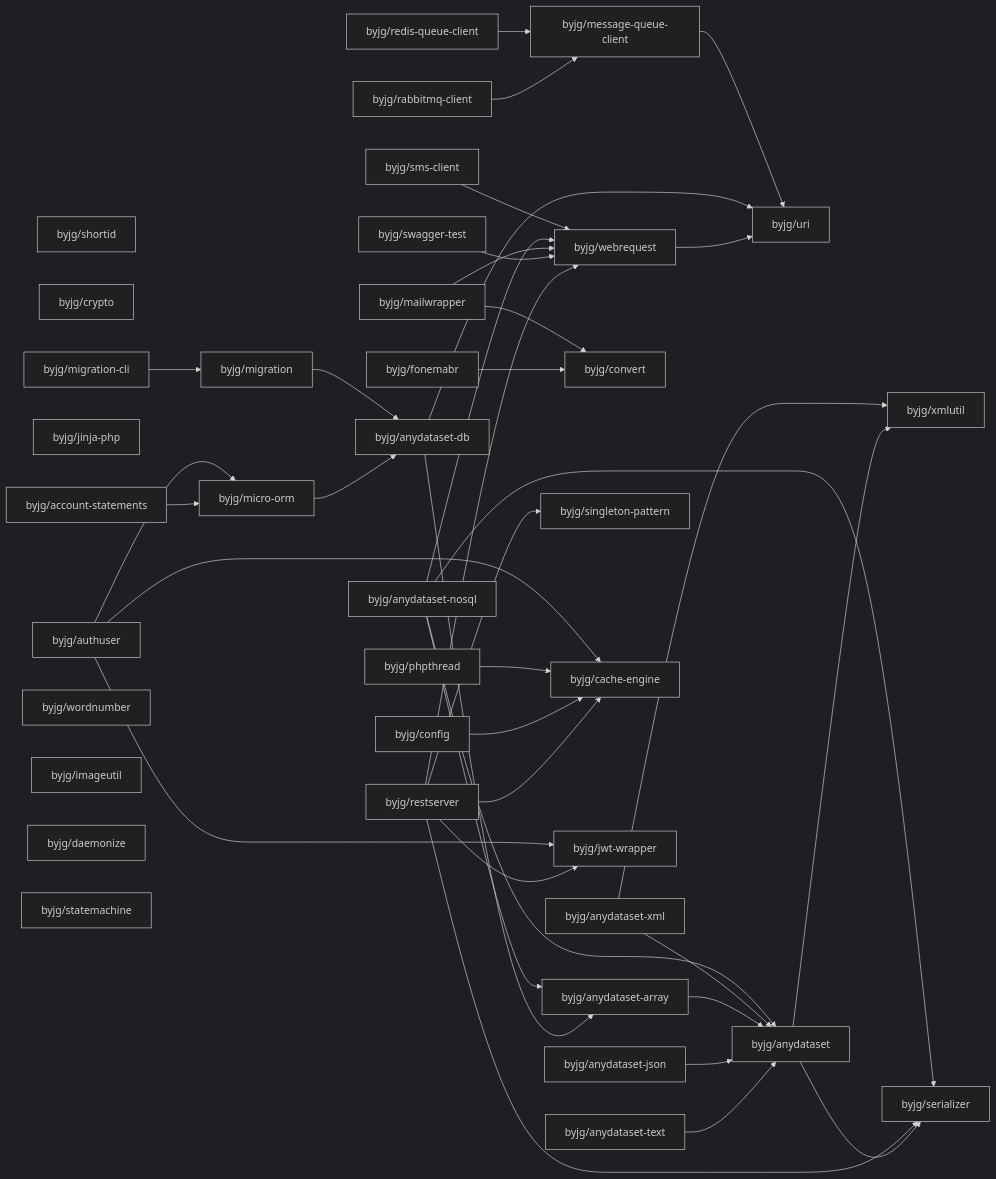
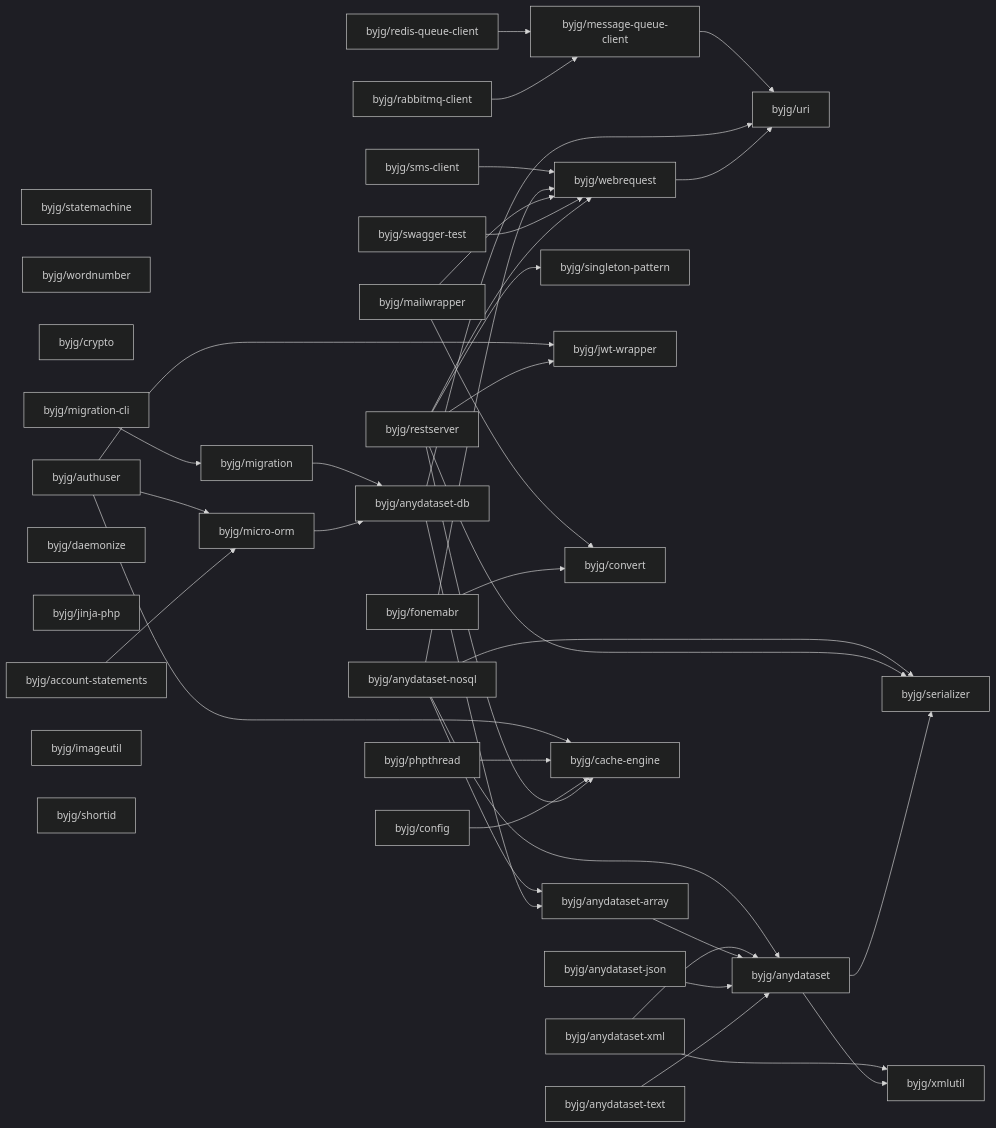
One commit to byjg/byjg.github.io changed the diagram in docs/php/README.md. Above: the diagram before and after it, drawn with Mermaid (dark theme). The commit also changed other lines of this file and 1 other file, not shown here.

Commit message:
Update documentation 'php' 'php-restserver'

````diff
--- a/docs/php/README.md
+++ b/docs/php/README.md
@@ -3,76 +3,76 @@
 ```mermaid
 graph LR;
-  byjg/shortid;
-  byjg/anydataset-json;
-  byjg/phpthread;
+  byjg/statemachine;
+  byjg/wordnumber;
+  byjg/rabbitmq-client;
   byjg/crypto;
-  byjg/migration-cli;
-  byjg/jinja-php;
-  byjg/redis-queue-client;
-  byjg/authuser;
-  byjg/sms-client;
-  byjg/account-statements;
-  byjg/wordnumber;
   byjg/fonemabr;
-  byjg/imageutil;
-  byjg/mailwrapper;
-  byjg/anydataset-xml;
-  byjg/daemonize;
-  byjg/config;
-  byjg/anydataset-text;
-  byjg/statemachine;
-  byjg/swagger-test;
-  byjg/rabbitmq-client;
   byjg/restserver;
   byjg/anydataset-nosql;
+  byjg/anydataset-json;
+  byjg/config;
+  byjg/anydataset-xml;
+  byjg/migration-cli;
+  byjg/swagger-test;
+  byjg/authuser;
+  byjg/daemonize;
+  byjg/jinja-php;
+  byjg/mailwrapper;
+  byjg/account-statements;
+  byjg/sms-client;
+  byjg/imageutil;
+  byjg/anydataset-text;
+  byjg/redis-queue-client;
+  byjg/phpthread;
+  byjg/shortid;
+  byjg/singleton-pattern;
   byjg/migration;
+  byjg/jwt-wrapper;
+  byjg/convert;
   byjg/micro-orm;
-  byjg/convert;
+  byjg/webrequest;
   byjg/message-queue-client;
-  byjg/singleton-pattern;
   byjg/cache-engine;
-  byjg/jwt-wrapper;
-  byjg/webrequest;
   byjg/anydataset-db;
   byjg/anydataset-array;
   byjg/uri;
   byjg/anydataset;
   byjg/serializer;
   byjg/xmlutil;
   byjg/sms-client --> byjg/webrequest;
   byjg/anydataset-nosql --> byjg/anydataset;
   byjg/anydataset-nosql --> byjg/anydataset-array;
   byjg/anydataset-nosql --> byjg/serializer;
   byjg/anydataset-nosql --> byjg/webrequest;
   byjg/anydataset-xml --> byjg/anydataset;
   byjg/anydataset-xml --> byjg/xmlutil;
   byjg/message-queue-client --> byjg/uri;
   byjg/redis-queue-client --> byjg/message-queue-client;
   byjg/authuser --> byjg/micro-orm;
   byjg/authuser --> byjg/cache-engine;
   byjg/authuser --> byjg/jwt-wrapper;
   byjg/mailwrapper --> byjg/convert;
   byjg/mailwrapper --> byjg/webrequest;
   byjg/anydataset-array --> byjg/anydataset;
   byjg/account-statements --> byjg/micro-orm;
   byjg/phpthread --> byjg/cache-engine;
   byjg/fonemabr --> byjg/convert;
   byjg/migration --> byjg/anydataset-db;
   byjg/micro-orm --> byjg/anydataset-db;
   byjg/swagger-test --> byjg/webrequest;
   byjg/anydataset-db --> byjg/anydataset-array;
   byjg/anydataset-db --> byjg/uri;
   byjg/config --> byjg/cache-engine;
   byjg/anydataset-json --> byjg/anydataset;
   byjg/anydataset-text --> byjg/anydataset;
   byjg/rabbitmq-client --> byjg/message-queue-client;
   byjg/restserver --> byjg/serializer;
   byjg/restserver --> byjg/singleton-pattern;
   byjg/restserver --> byjg/cache-engine;
   byjg/restserver --> byjg/webrequest;
   byjg/restserver --> byjg/jwt-wrapper;
   byjg/anydataset --> byjg/serializer;
   byjg/anydataset --> byjg/xmlutil;
   byjg/webrequest --> byjg/uri;
   byjg/migration-cli --> byjg/migration;
 ```
````
